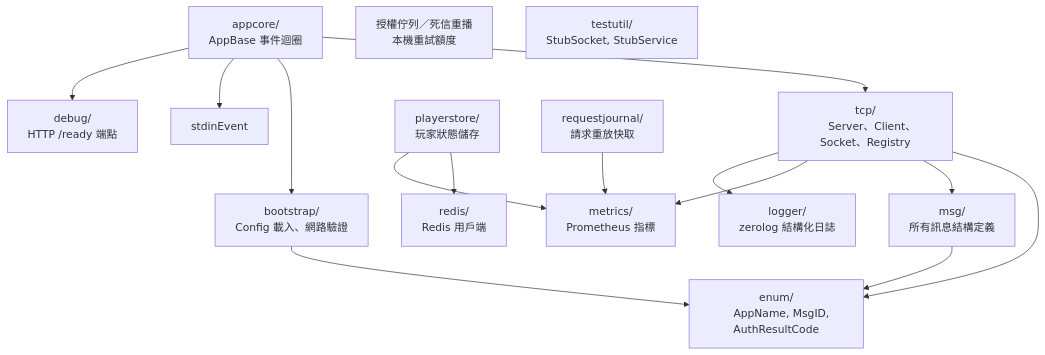
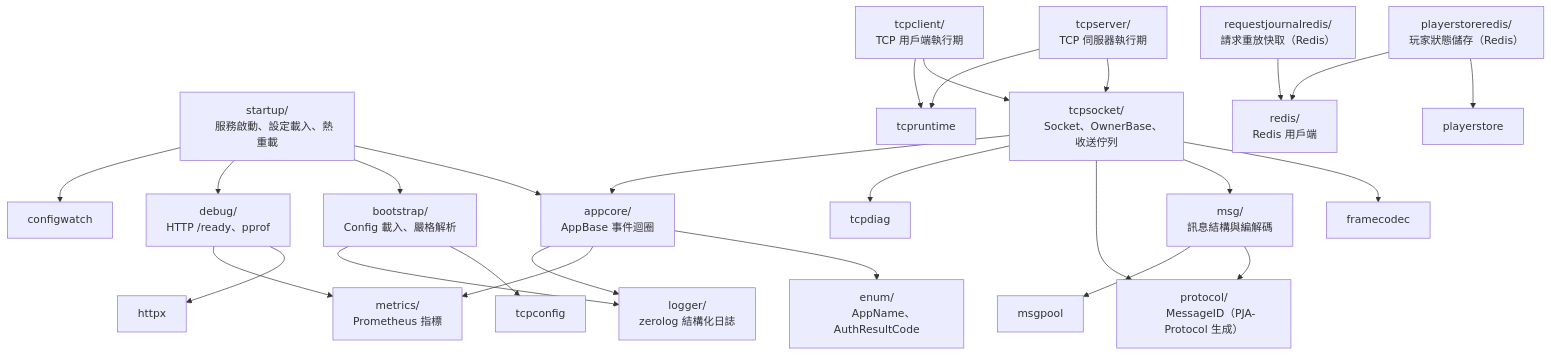
The second of 2 diagrams in 00-導讀/模組關係.md (koebel0521/docs), drawn with Mermaid before and after one commit. The commit also changed other lines of this file, not shown here.

First line of the commit message:
docs: 重寫模組關係的 pkg 依賴圖、套件清單與訊息 ID 來源

````diff
--- a/00-導讀/模組關係.md
+++ b/00-導讀/模組關係.md
@@ -56,48 +58,55 @@
 ```mermaid
 graph TD
-    tcp["tcp/
-    Server、Client、Socket、Registry"] --> enum
-    tcp --> msg
-    tcp --> metrics
-    tcp --> logger
+    startup["startup/
+    服務啟動、設定載入、熱重載"] --> appcore
+    startup --> bootstrap
+    startup --> debug
+    startup --> configwatch
+
+    tcpserver["tcpserver/
+    TCP 伺服器執行期"] --> tcpsocket
+    tcpserver --> tcpruntime
+    tcpclient["tcpclient/
+    TCP 用戶端執行期"] --> tcpsocket
+    tcpclient --> tcpruntime
+    tcpsocket["tcpsocket/
+    Socket、OwnerBase、收送佇列"] --> framecodec
+    tcpsocket --> msg
+    tcpsocket --> protocol
+    tcpsocket --> tcpdiag
+    tcpsocket --> appcore
 
     appcore["appcore/
-    AppBase 事件迴圈"] --> tcp
-    appcore --> bootstrap
-    appcore --> stdinEvent
-    appcore --> debug
+    AppBase 事件迴圈"] --> enum
+    appcore --> metrics
+    appcore --> logger
 
     msg["msg/
-    所有訊息結構定義"] --> enum
+    訊息結構與編解碼"] --> protocol
+    msg --> msgpool
 
     bootstrap["bootstrap/
-    Config 載入、網路驗證"] --> enum
+    Config 載入、嚴格解析"] --> tcpconfig
+    bootstrap --> logger
 
-    playerstore["playerstore/
-    玩家狀態儲存"] --> redis
-    playerstore --> metrics
+    playerstoreredis["playerstoreredis/
+    玩家狀態儲存（Redis）"] --> playerstore
+    playerstoreredis --> redis
+    requestjournalredis["requestjournalredis/
+    請求重放快取（Redis）"] --> redis
 
-    requestjournal["requestjournal/
-    請求重放快取"] --> metrics
-
-    grantbudget["授權佇列／死信重播
-    本機重試額度"]
+    debug["debug/
+    HTTP /ready、pprof"] --> httpx
+    debug --> metrics
 
     redis["redis/
     Redis 用戶端"]
-
     metrics["metrics/
     Prometheus 指標"]
-
     logger["logger/
     zerolog 結構化日誌"]
-
-    debug["debug/
-    HTTP /ready 端點"]
-
     enum["enum/
-    AppName, MsgID, AuthResultCode"]
-
-    testutil["testutil/
-    StubSocket, StubService"]
+    AppName、AuthResultCode"]
+    protocol["protocol/
+    MessageID（PJA-Protocol 生成）"]
 ```
````
